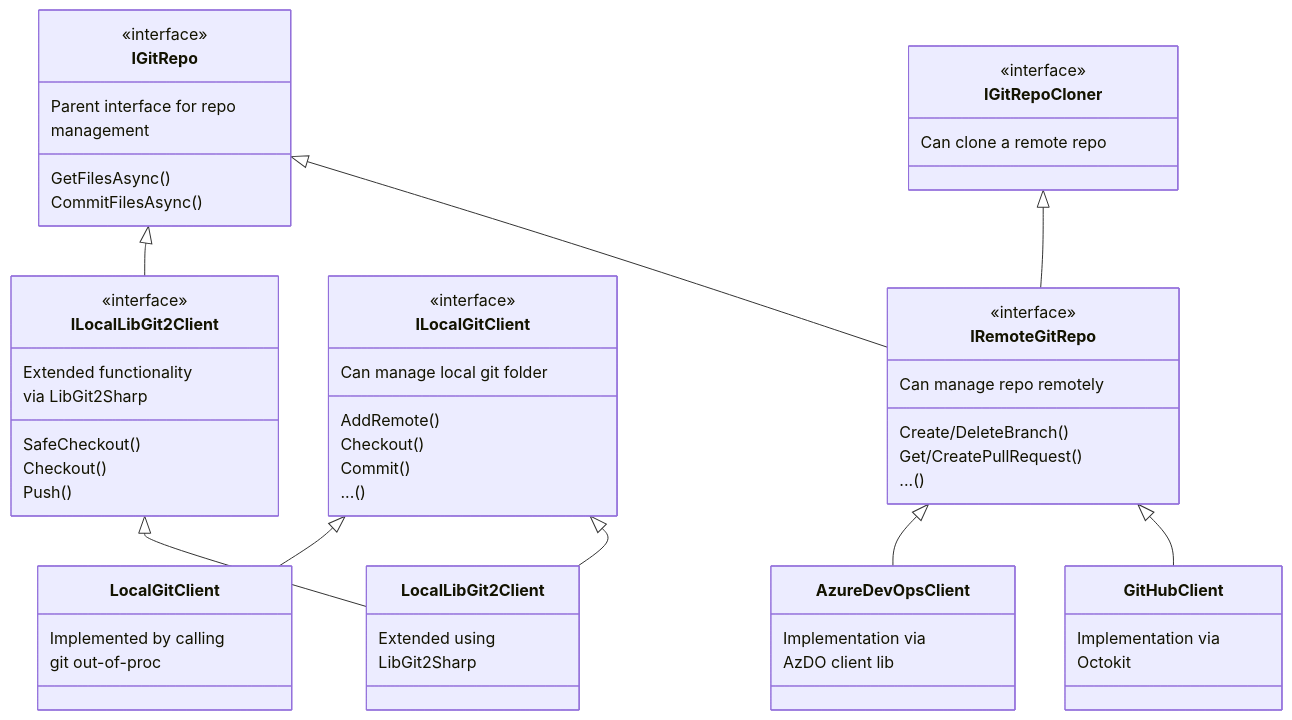
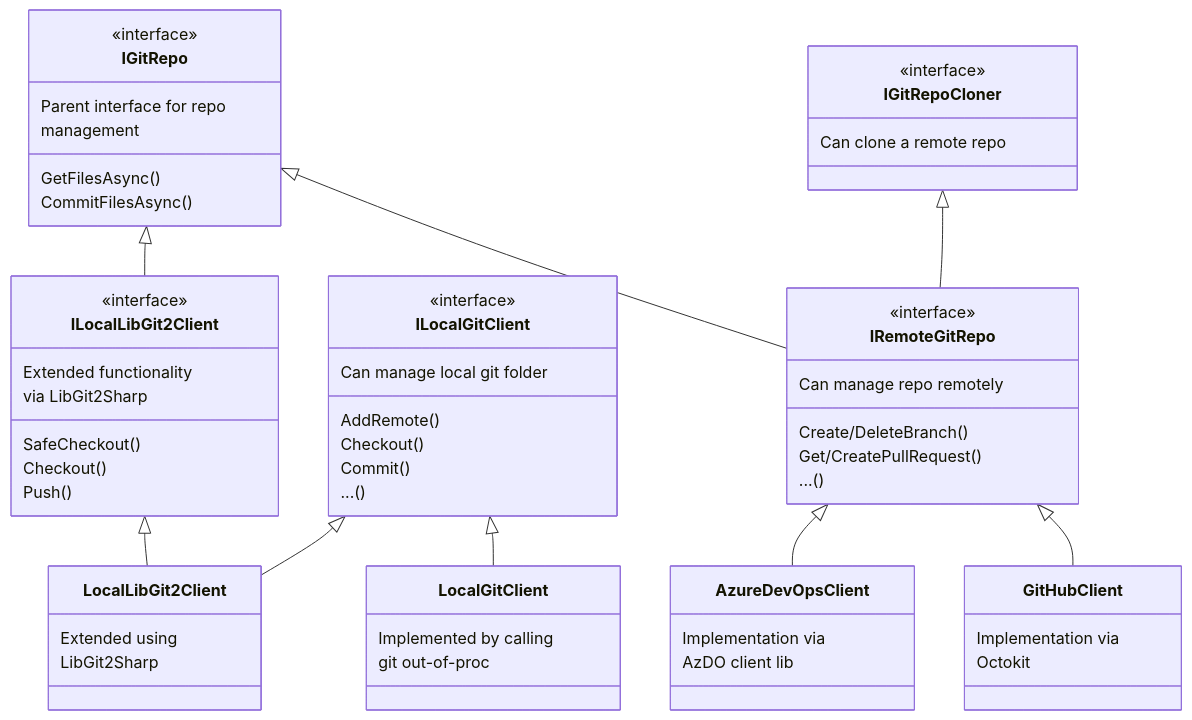
The diagram in src/Microsoft.DotNet.Darc/DarcLib/Architecture.md (dotnet/arcade-services), drawn with Mermaid before and after one commit.

Commit message:
Reorder better

````diff
--- a/src/Microsoft.DotNet.Darc/DarcLib/Architecture.md
+++ b/src/Microsoft.DotNet.Darc/DarcLib/Architecture.md
@@ -5,69 +5,70 @@
 ```mermaid
 classDiagram
     IGitRepo <|-- ILocalLibGit2Client
-    ILocalGitClient <|-- LocalGitClient
     ILocalGitClient <|-- LocalLibGit2Client
     ILocalLibGit2Client <|-- LocalLibGit2Client
+    ILocalGitClient <|-- LocalGitClient
     IGitRepo <|-- IRemoteGitRepo
     IGitRepoCloner <|-- IRemoteGitRepo
     IRemoteGitRepo <|-- AzureDevOpsClient
     IRemoteGitRepo <|-- GitHubClient
 
     class IGitRepo {
         <<interface>>
         Parent interface for repo
         management
         GetFilesAsync()
         CommitFilesAsync()
     }
+
     class ILocalLibGit2Client {
         <<interface>>
         Extended functionality
         via LibGit2Sharp
         SafeCheckout()
         Checkout()
         Push()
     }
 
     class ILocalGitClient {
         <<interface>>
         Can manage local git folder
         AddRemote()
         Checkout()
         Commit()
         ...()
     }
 
     class LocalGitClient {
         Implemented by calling
         git out-of-proc
     }
 
     class LocalLibGit2Client {
         Extended using
         LibGit2Sharp
     }
 
     class IGitRepoCloner {
         <<interface>>
         Can clone a remote repo
     }
 
     class IRemoteGitRepo {
         <<interface>>
         Can manage repo remotely
         Create/DeleteBranch()
         Get/CreatePullRequest()
         ...()
     }
 
     class GitHubClient {
         Implementation via
         Octokit
     }
 
     class AzureDevOpsClient {
         Implementation via
         AzDO client lib
     }
 ```
````
